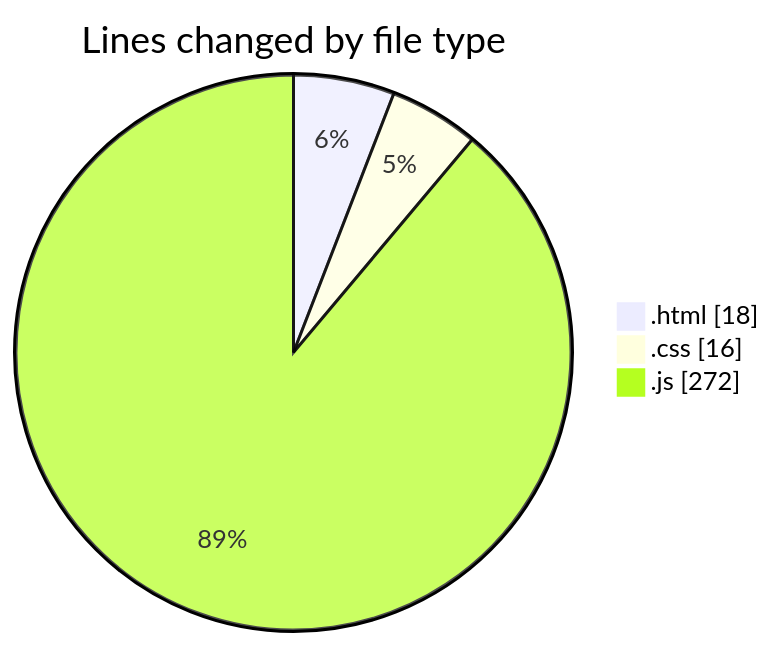
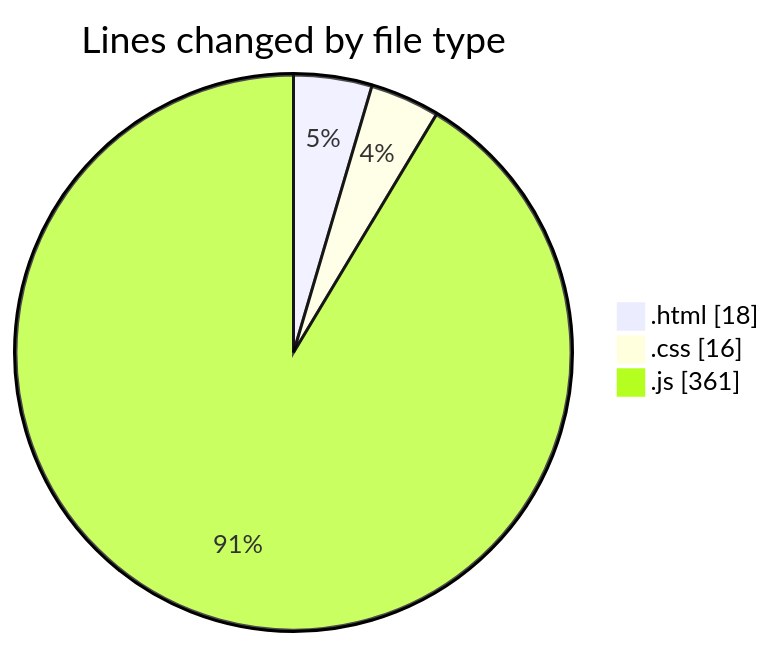
The first of 2 diagrams in 2025-03-03/tetris/README.md (robertbonfada/code-tracking), drawn with Mermaid before and after one commit. The commit also changed other lines of this file and 1 other file, not shown here.

````diff
--- a/2025-03-03/tetris/README.md
+++ b/2025-03-03/tetris/README.md
@@ -22,7 +22,7 @@
 ```mermaid
 pie showData
 title Lines changed by file type
 ".html" : 18
 ".css" : 16
-".js" : 272
+".js" : 361
 ```
````
